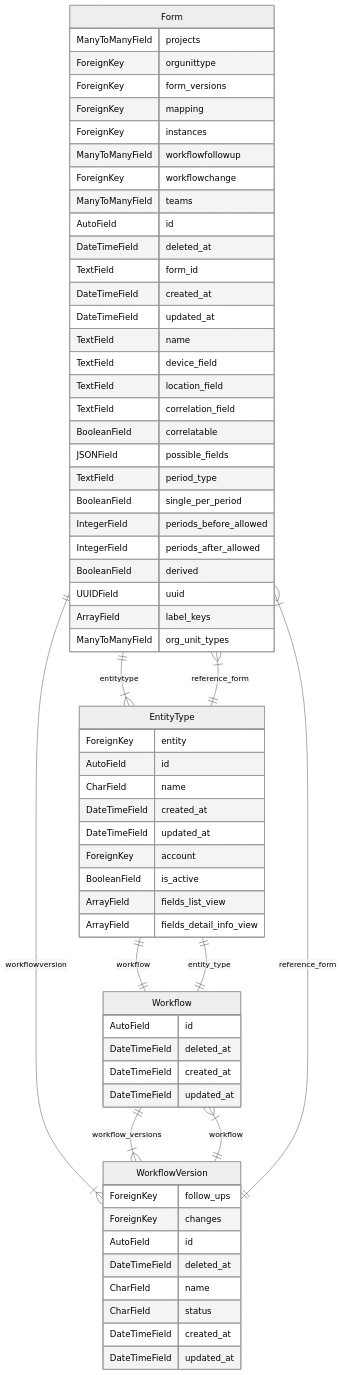
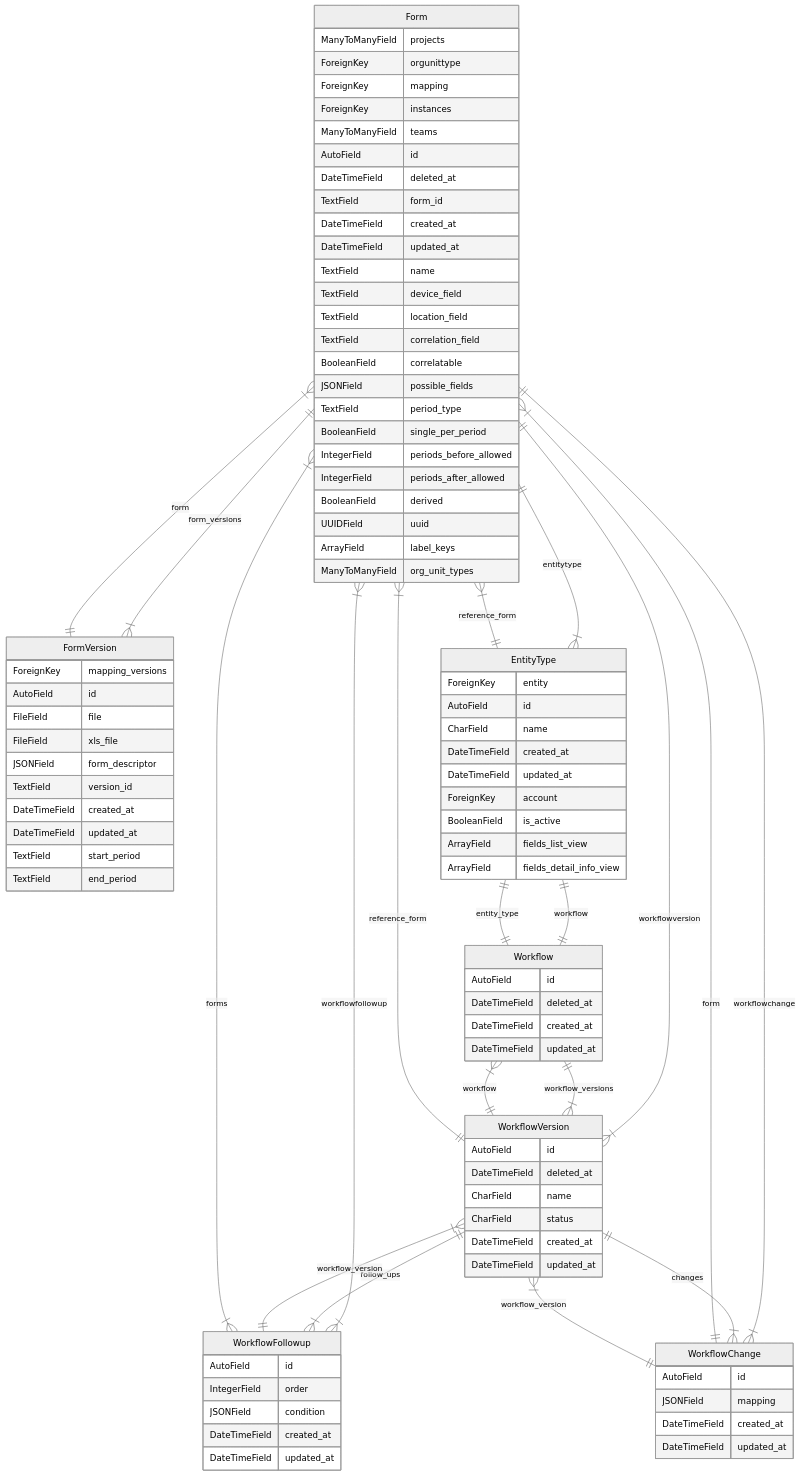
One commit to olethanh/iaso changed the diagram in schemas/workflows.md. Above: the diagram before and after it, drawn with Mermaid. The commit also changed 1 other file, not shown here.

Commit message:
Wip example schemas

````diff
--- a/schemas/workflows.md
+++ b/schemas/workflows.md
@@ -6,11 +6,8 @@
 Form{
 ManyToManyField projects
 ForeignKey orgunittype
-ForeignKey form_versions
 ForeignKey mapping
 ForeignKey instances
-ManyToManyField workflowfollowup
-ForeignKey workflowchange
 ManyToManyField teams
 AutoField id
 DateTimeField deleted_at
@@ -32,6 +29,18 @@
 ArrayField label_keys
 ManyToManyField org_unit_types
 }
+FormVersion{
+ForeignKey mapping_versions
+AutoField id
+FileField file
+FileField xls_file
+JSONField form_descriptor
+TextField version_id
+DateTimeField created_at
+DateTimeField updated_at
+TextField start_period
+TextField end_period
+}
 EntityType{
 ForeignKey entity
 AutoField id
@@ -50,8 +59,6 @@
 DateTimeField updated_at
 }
 WorkflowVersion{
-ForeignKey follow_ups
-ForeignKey changes
 AutoField id
 DateTimeField deleted_at
 CharField name
@@ -59,12 +66,35 @@
 DateTimeField created_at
 DateTimeField updated_at
 }
+WorkflowFollowup{
+AutoField id
+IntegerField order
+JSONField condition
+DateTimeField created_at
+DateTimeField updated_at
+}
+WorkflowChange{
+AutoField id
+JSONField mapping
+DateTimeField created_at
+DateTimeField updated_at
+}
+Form||--|{FormVersion : form_versions
 Form||--|{EntityType : entitytype
 Form||--|{WorkflowVersion : workflowversion
+Form}|--|{WorkflowFollowup : workflowfollowup
+Form||--|{WorkflowChange : workflowchange
+FormVersion||--|{Form : form
 EntityType||--||Workflow : workflow
 EntityType||--|{Form : reference_form
 Workflow||--|{WorkflowVersion : workflow_versions
 Workflow||--||EntityType : entity_type
+WorkflowVersion||--|{WorkflowFollowup : follow_ups
+WorkflowVersion||--|{WorkflowChange : changes
 WorkflowVersion||--|{Workflow : workflow
 WorkflowVersion||--|{Form : reference_form
+WorkflowFollowup||--|{WorkflowVersion : workflow_version
+WorkflowFollowup}|--|{Form : forms
+WorkflowChange||--|{Form : form
+WorkflowChange||--|{WorkflowVersion : workflow_version
 ```
````
